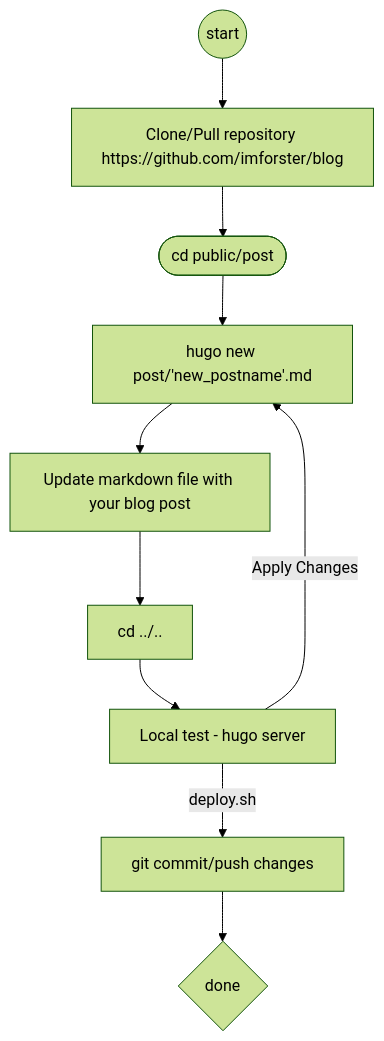
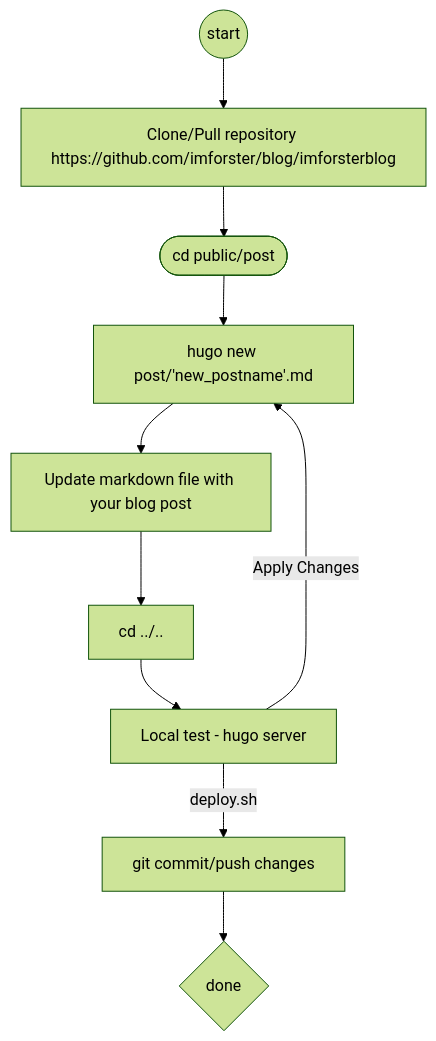
One commit to imforster/imforster.github.io changed the diagram in ReadMe.md. Above: the diagram before and after it, drawn with Mermaid (forest theme).

````diff
--- a/ReadMe.md
+++ b/ReadMe.md
@@ -2,12 +2,12 @@
 ```mermaid
 flowchart TD
     s((start)) --> A
-    A[Clone/Pull repository https://github.com/imforster/blog] --> B([cd public/post])
+    A[Clone/Pull repository https://github.com/imforster/blog/imforsterblog] --> B([cd public/post])
     B --> C[hugo new post/'new_postname'.md]
     C --> D[Update markdown file with your blog post]
     D --> E[cd ../..]
     E --> F[Local test - hugo server]
     F -- Apply Changes --> C
     F -- deploy.sh --> G[git commit/push changes]
     G --> H{done};
 ```
````
